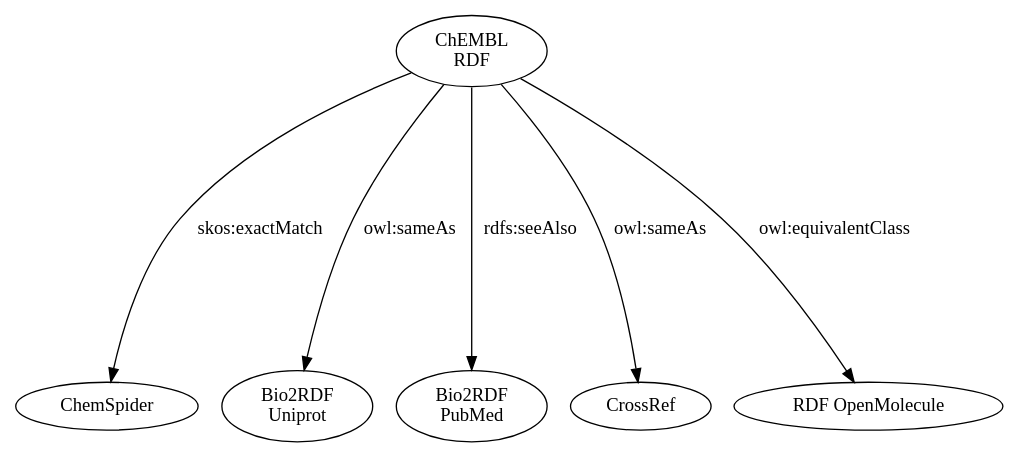
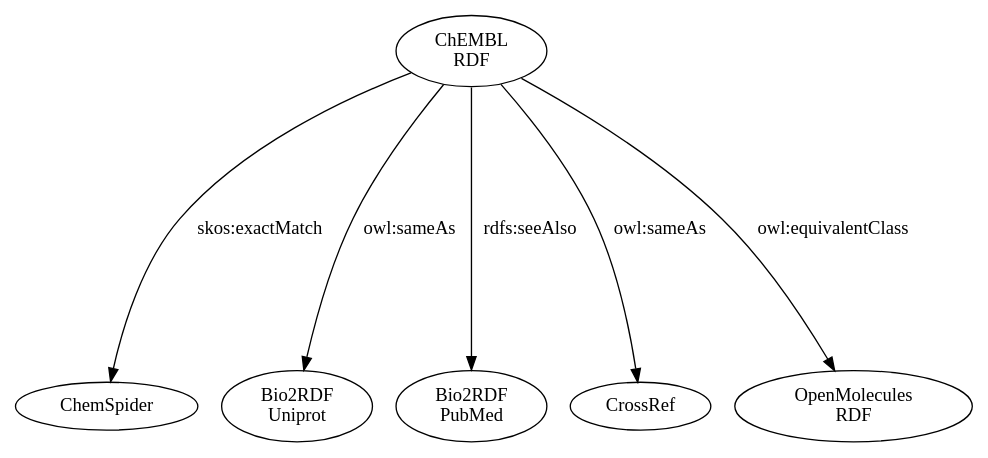
One commit to egonw/chembl-rdf-paper changed the diagram in figs/lodgraph.dot. Above: the diagram before and after it, drawn with Graphviz. The commit also changed 2 other files, not shown here.

Commit message:
Consistent referal to OpenMolecules RDF

```diff
--- a/figs/lodgraph.dot
+++ b/figs/lodgraph.dot
@@ -1,21 +1,21 @@
 
 digraph G {
 
   root = chembl ;
   overlap = false ;
   ranksep = 2.75 ;
 
   chembl [label="ChEMBL\nRDF"];
   chemspider [label="ChemSpider"];
   bio2rdfuniprot [label="Bio2RDF\nUniprot"];
   bio2rdfpubmed [label="Bio2RDF\nPubMed"];
   crossref [label="CrossRef"];
-  ron [label="RDF OpenMolecule"];
+  ron [label="OpenMolecules\nRDF"];
 
   chembl -> chemspider [label="skos:exactMatch"];
   chembl -> bio2rdfuniprot [label="owl:sameAs"];
   chembl -> bio2rdfpubmed [label="rdfs:seeAlso"];
   chembl -> crossref [label="owl:sameAs"];
   chembl -> ron [label="owl:equivalentClass"];
 
 }
```
